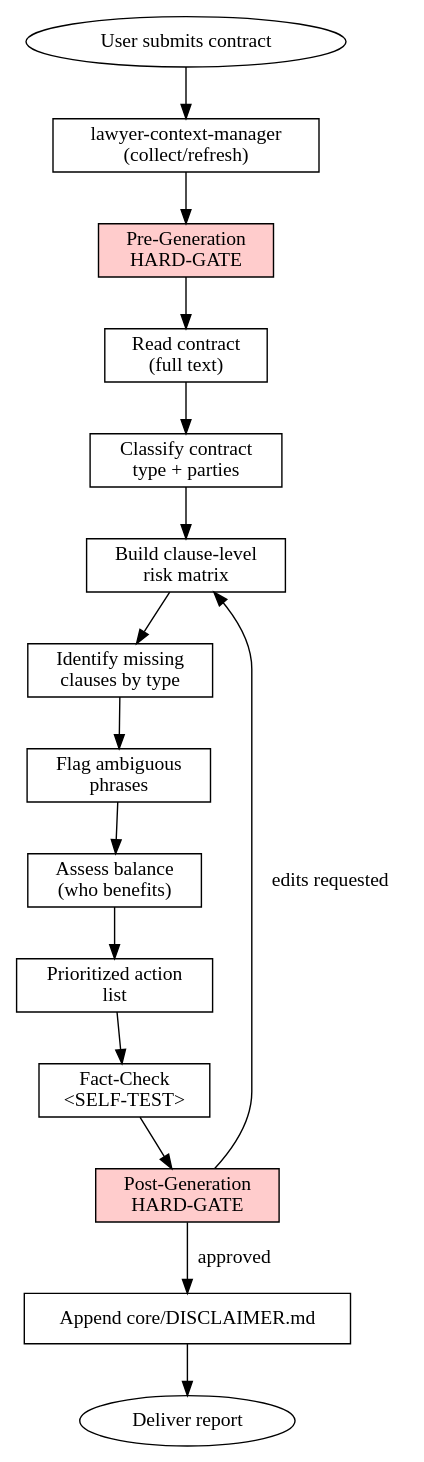
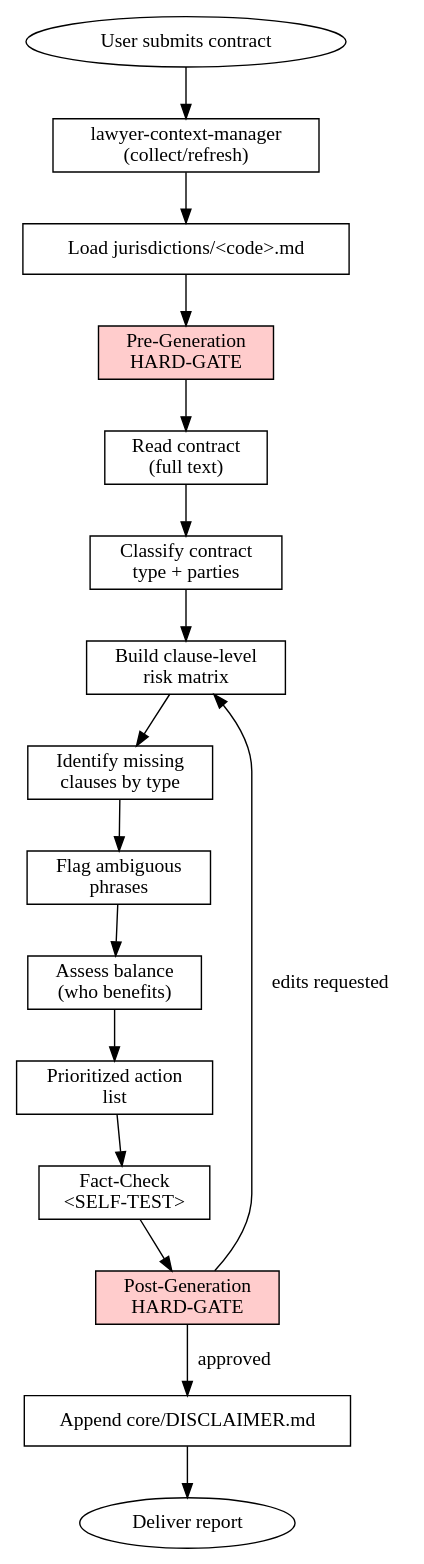
One commit to avSercanKoc/superlex-skills changed the diagram in skills/contract-review/SKILL.md. Above: the diagram before and after it, drawn with Graphviz. The commit also changed other lines of this file and 10 other files, not shown here.

````diff
--- a/skills/contract-review/SKILL.md
+++ b/skills/contract-review/SKILL.md
@@ -55,34 +63,36 @@
 ```dot
 digraph contract_review_flow {
     rankdir=TB;
     start     [label="User submits contract" shape=ellipse];
     context   [label="lawyer-context-manager\n(collect/refresh)" shape=box];
+    load      [label="Load jurisdictions/<code>.md" shape=box];
     hardgate1 [label="Pre-Generation\nHARD-GATE" shape=box style=filled fillcolor="#ffcccc"];
     readdoc   [label="Read contract\n(full text)" shape=box];
     classify  [label="Classify contract\ntype + parties" shape=box];
     matrix    [label="Build clause-level\nrisk matrix" shape=box];
     missing   [label="Identify missing\nclauses by type" shape=box];
     ambig     [label="Flag ambiguous\nphrases" shape=box];
     balance   [label="Assess balance\n(who benefits)" shape=box];
     actions   [label="Prioritized action\nlist" shape=box];
     selftest  [label="Fact-Check\n<SELF-TEST>" shape=box];
     hardgate2 [label="Post-Generation\nHARD-GATE" shape=box style=filled fillcolor="#ffcccc"];
     disclaim  [label="Append core/DISCLAIMER.md" shape=box];
     deliver   [label="Deliver report" shape=ellipse];
 
     start     -> context;
-    context   -> hardgate1;
+    context   -> load;
+    load      -> hardgate1;
     hardgate1 -> readdoc;
     readdoc   -> classify;
     classify  -> matrix;
     matrix    -> missing;
     missing   -> ambig;
     ambig     -> balance;
     balance   -> actions;
     actions   -> selftest;
     selftest  -> hardgate2;
     hardgate2 -> disclaim [label="approved"];
     hardgate2 -> matrix   [label="edits requested"];
     disclaim  -> deliver;
 }
 ```
````
